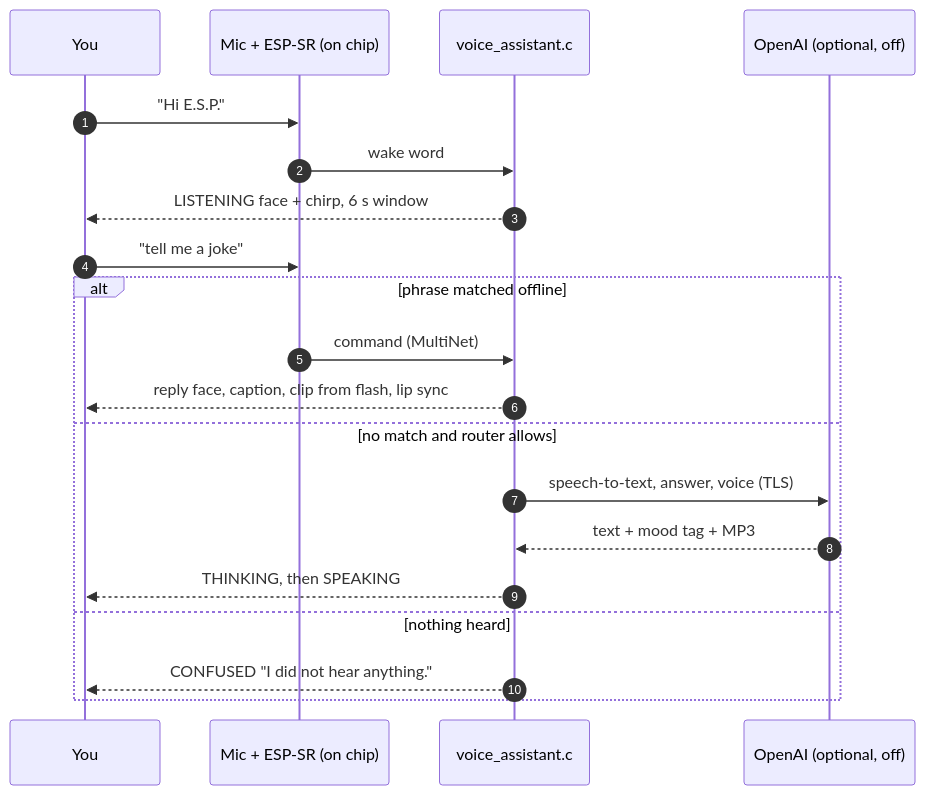
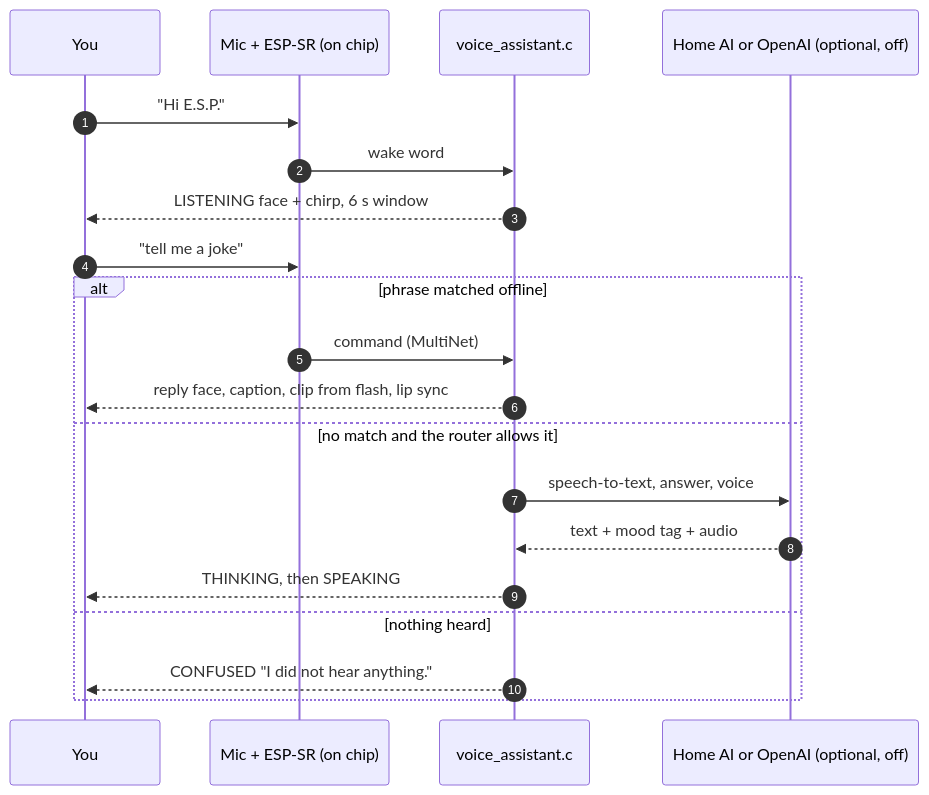
One commit to Normansrule/esp-box-voice-assistant changed the diagram in README.md. Above: the diagram before and after it, drawn with Mermaid. The commit also changed other lines of this file and 7 other files, not shown here.

````diff
--- a/README.md
+++ b/README.md
@@ -52,22 +110,22 @@
 ```mermaid
 sequenceDiagram
     autonumber
     participant You
     participant Mic as Mic + ESP-SR (on chip)
     participant Brain as voice_assistant.c
-    participant Cloud as OpenAI (optional, off)
+    participant Cloud as Home AI or OpenAI (optional, off)
     You->>Mic: "Hi E.S.P."
     Mic->>Brain: wake word
     Brain-->>You: LISTENING face + chirp, 6 s window
     You->>Mic: "tell me a joke"
     alt phrase matched offline
         Mic->>Brain: command (MultiNet)
         Brain-->>You: reply face, caption, clip from flash, lip sync
-    else no match and router allows
-        Brain->>Cloud: speech-to-text, answer, voice (TLS)
-        Cloud-->>Brain: text + mood tag + MP3
+    else no match and the router allows it
+        Brain->>Cloud: speech-to-text, answer, voice
+        Cloud-->>Brain: text + mood tag + audio
         Brain-->>You: THINKING, then SPEAKING
     else nothing heard
         Brain-->>You: CONFUSED "I did not hear anything."
     end
 ```
````
